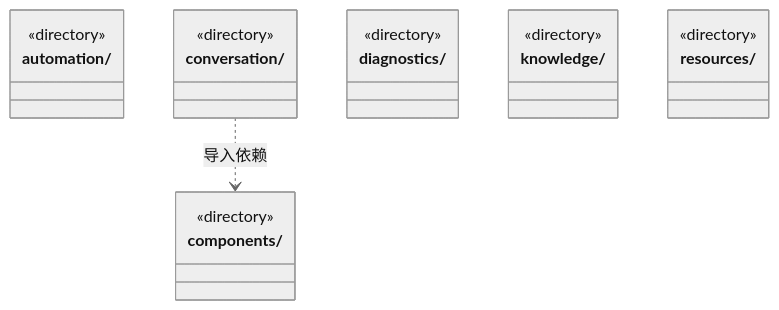
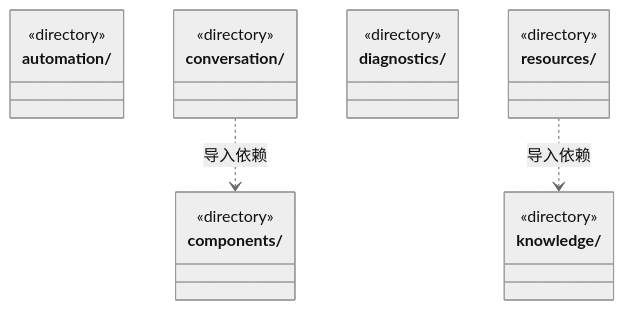
Before and after one commit to nan023062/cbim: the first of 2 diagrams in src/frontend/ARCHITECTURE.md, drawn with Mermaid (neutral theme). The commit also changed other lines of this file and 240 other files, not shown here.

````diff
--- a/src/frontend/ARCHITECTURE.md
+++ b/src/frontend/ARCHITECTURE.md
@@ -17,22 +17,23 @@
 ```mermaid
 classDiagram
 class N_src_frontend_automation["automation/"] {
   <<directory>>
 }
 class N_src_frontend_components["components/"] {
   <<directory>>
 }
 class N_src_frontend_conversation["conversation/"] {
   <<directory>>
 }
 class N_src_frontend_diagnostics["diagnostics/"] {
   <<directory>>
 }
 class N_src_frontend_knowledge["knowledge/"] {
   <<directory>>
 }
 class N_src_frontend_resources["resources/"] {
   <<directory>>
 }
 N_src_frontend_conversation ..> N_src_frontend_components : 导入依赖
+N_src_frontend_resources ..> N_src_frontend_knowledge : 导入依赖
 ```
````
